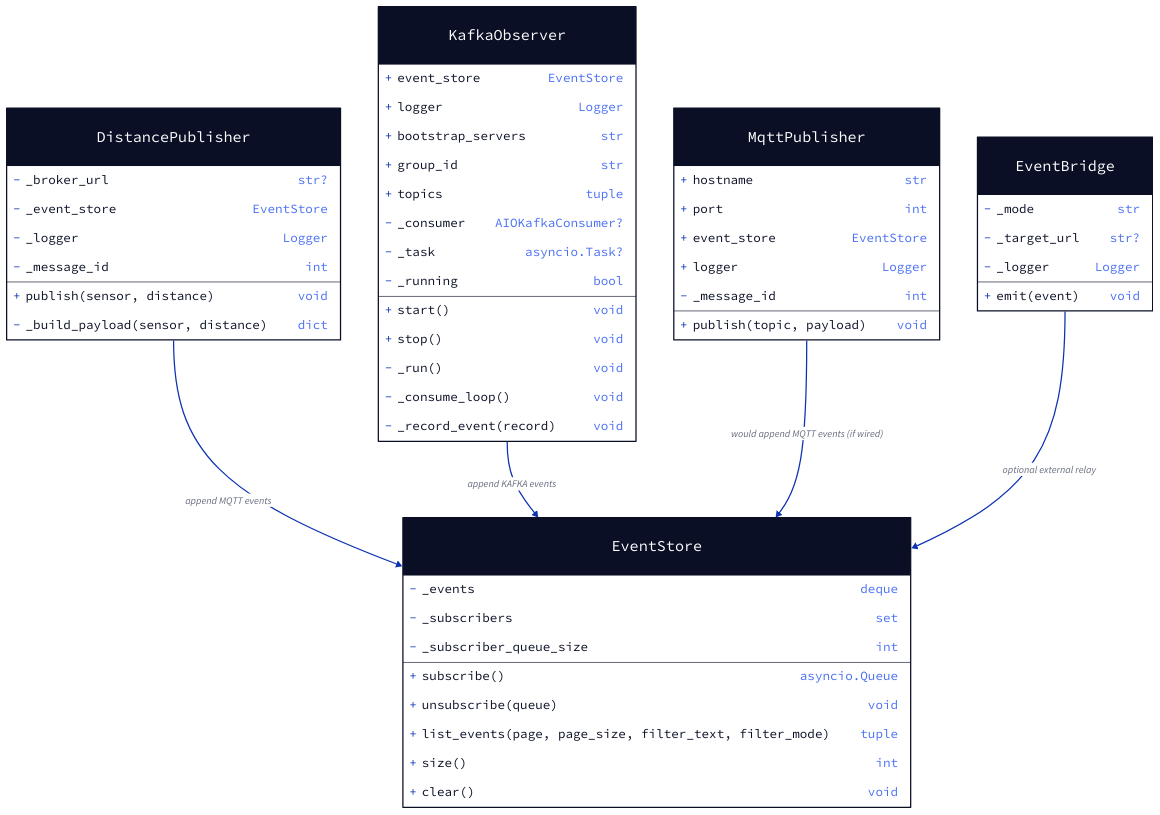
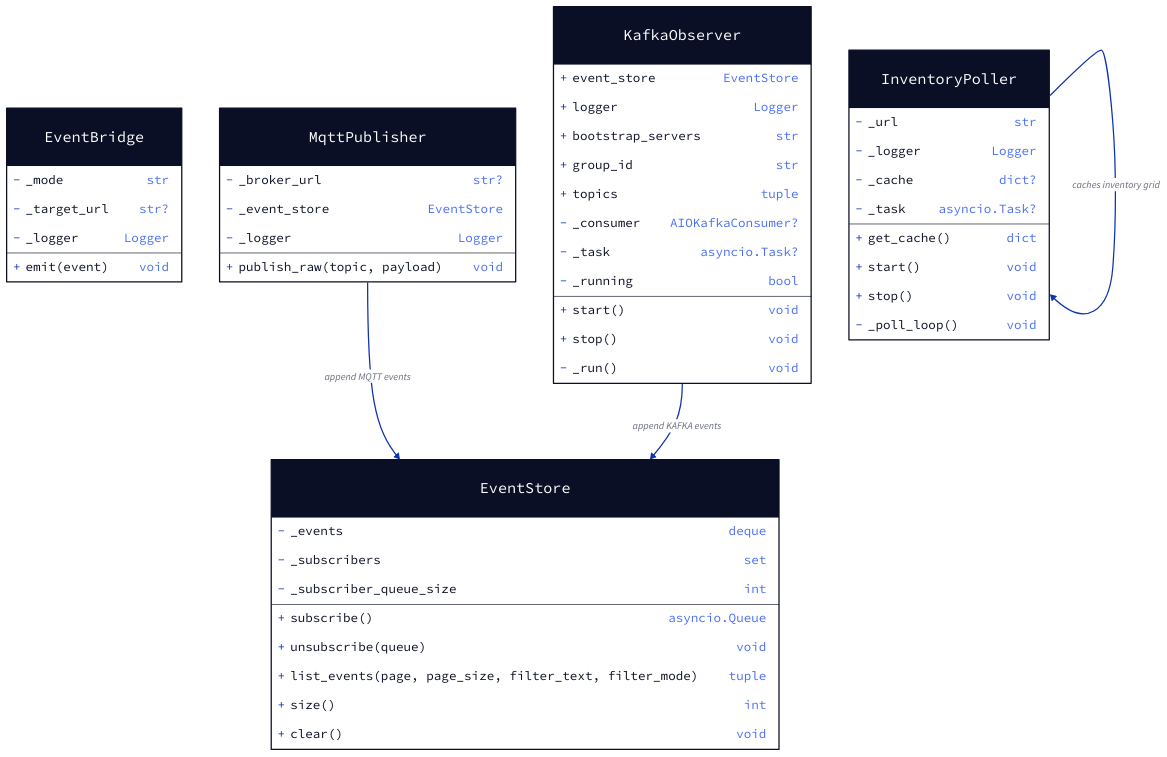
Before and after one commit to ielpo/edpo-project-group1: the diagram in services/simulated-factory/simulated_factory/diagrams/06-adapters-events-class.d2, drawn with D2. The commit also changed 19 other files, not shown here.

```diff
--- a/services/simulated-factory/simulated_factory/diagrams/06-adapters-events-class.d2
+++ b/services/simulated-factory/simulated_factory/diagrams/06-adapters-events-class.d2
@@ -1,69 +1,64 @@
 # Adapters and Event infrastructure classes.
-# Note: MqttPublisher exists in adapters/mqtt_publisher.py but is NOT instantiated
-# by build_dependencies() — it's standalone code not wired into the running system.
-# Included here for completeness with a note.
 # Render: d2 06-adapters-events-class.d2 adapters-events-class.svg
 
 EventStore: {
   shape: class
   -_events: deque
   -_subscribers: set
   -_subscriber_queue_size: int
   +append(event_type, **kwargs)
   +subscribe(): asyncio.Queue
   +unsubscribe(queue)
   +list_events(page, page_size, filter_text, filter_mode): tuple
   +size(): int
   +clear()
 }
 
 EventBridge: {
   shape: class
+  # Defined but NOT wired by deps.py in the current code.
   -_mode: str
   -_target_url: str?
   -_logger: Logger
   +emit(event)
 }
 
-DistancePublisher: {
+MqttPublisher: {
   shape: class
+  # Wired in deps.py — used by DistanceSensor via SensorRegistry.wire()
   -_broker_url: str?
   -_event_store: EventStore
   -_logger: Logger
-  -_message_id: int
-  +publish(sensor, distance)
-  -_build_payload(sensor, distance): dict
+  +publish_raw(topic, payload)
 }
 
 KafkaObserver: {
   shape: class
   +event_store: EventStore
   +logger: Logger
   +bootstrap_servers: str
   +group_id: str
   +topics: tuple
   -_consumer: AIOKafkaConsumer?
   -_task: asyncio.Task?
   -_running: bool
   +start()
   +stop()
   -_run()
-  -_consume_loop()
-  -_record_event(record)
 }
 
-MqttPublisher: {
+InventoryPoller: {
   shape: class
-  # (NOT wired in deps.py — defined but unused at runtime)
-  +hostname: str
-  +port: int
-  +event_store: EventStore
-  +logger: Logger
-  -_message_id: int
-  +publish(topic, payload)
+  -_url: str
+  -_logger: Logger
+  -_cache: dict?
+  -_task: asyncio.Task?
+  +get_cache(): dict
+  +start()
+  +stop()
+  -_poll_loop()
 }
 
-DistancePublisher -> EventStore: "append MQTT events"
-KafkaObserver     -> EventStore: "append KAFKA events"
-MqttPublisher     -> EventStore: "would append MQTT events (if wired)"
-EventBridge       -> EventStore: "optional external relay"
+MqttPublisher    -> EventStore: "append MQTT events"
+KafkaObserver    -> EventStore: "append KAFKA events"
+InventoryPoller  -> InventoryPoller: "caches inventory grid"
```
